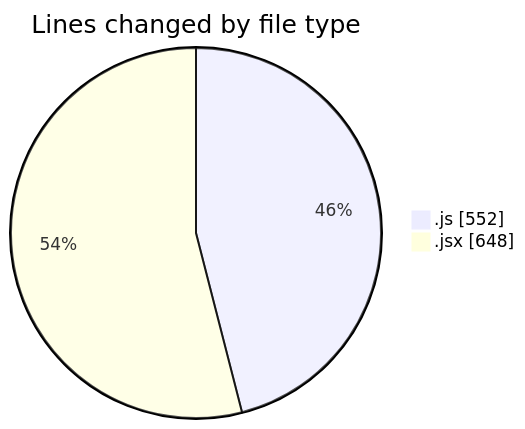
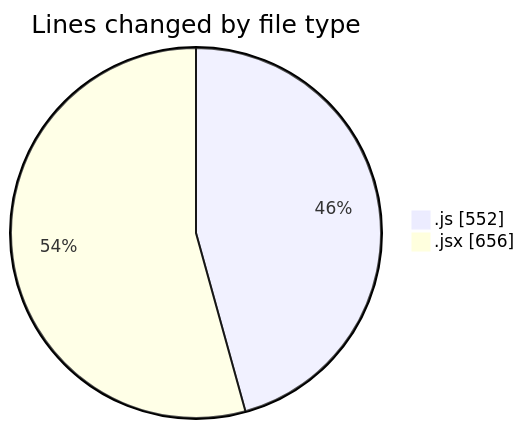
Before and after one commit to nxtqubesakshisongat/code-tracking: the first of 2 diagrams in 2025-07-01/argos/README.md, drawn with Mermaid. The commit also changed other lines of this file and 1 other file, not shown here.

````diff
--- a/2025-07-01/argos/README.md
+++ b/2025-07-01/argos/README.md
@@ -23,6 +23,6 @@
 ```mermaid
 pie showData
 title Lines changed by file type
 ".js" : 552
-".jsx" : 648
+".jsx" : 656
 ```
````
